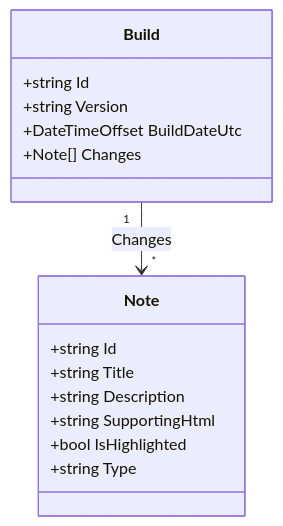
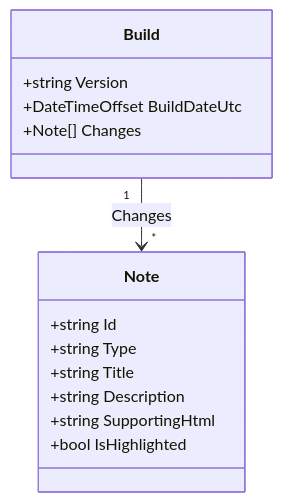
The diagram in README.md (nathankitchen/outboard), drawn with Mermaid before and after one commit. The commit also changed other lines of this file and 1 other file, not shown here.

````diff
--- a/README.md
+++ b/README.md
@@ -9,18 +9,17 @@
 ```mermaid
 classDiagram
       Build "1" --> "*" Note : Changes
       class Build{
-          +string Id
           +string Version
           +DateTimeOffset BuildDateUtc
           +Note[] Changes
       }
       class Note{
           +string Id
+          +string Type
           +string Title
           +string Description
           +string SupportingHtml
           +bool IsHighlighted
-          +string Type
       }
 ```
````
